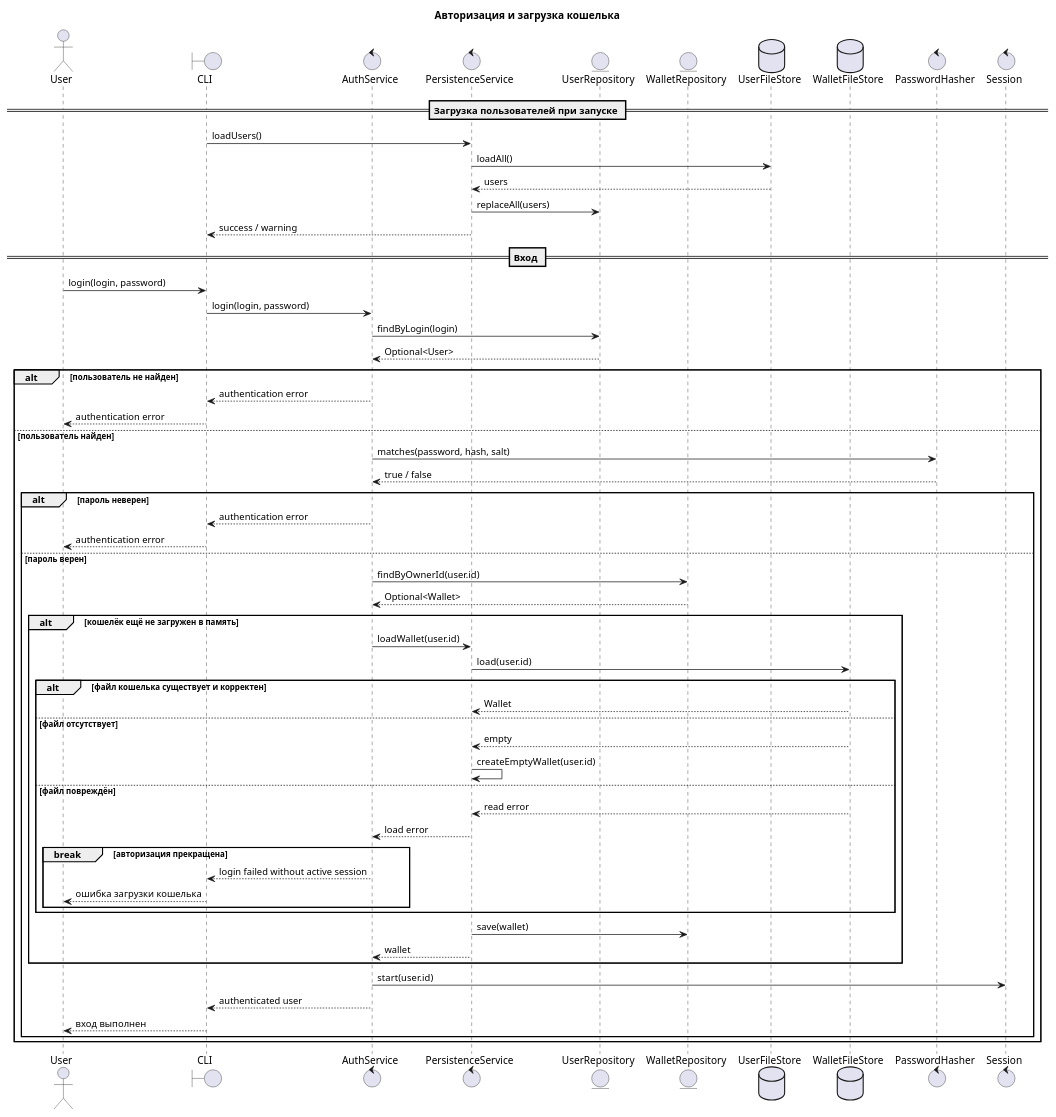
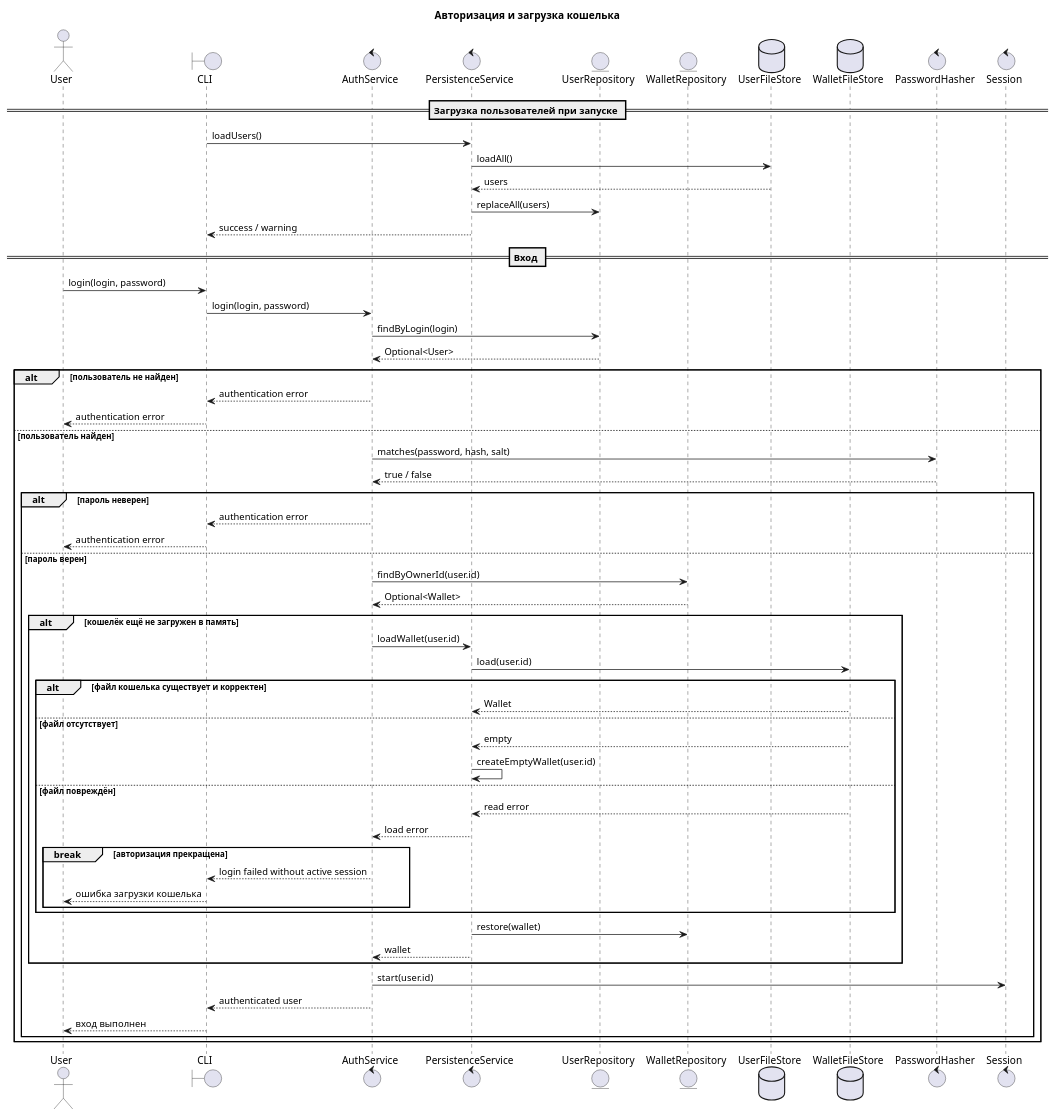
Before and after one commit to kargamant/bank_service: the diagram in docs/uml/authorization-sequence.puml, drawn with PlantUML. The commit also changed 4 other files, not shown here.

```diff
--- a/docs/uml/authorization-sequence.puml
+++ b/docs/uml/authorization-sequence.puml
@@ -1,70 +1,70 @@
 @startuml
 title Авторизация и загрузка кошелька
 
 actor User
 boundary CLI
 control AuthService
 control PersistenceService
 entity UserRepository
 entity WalletRepository
 database UserFileStore
 database WalletFileStore
 control PasswordHasher
 control Session
 
 == Загрузка пользователей при запуске ==
 CLI -> PersistenceService: loadUsers()
 PersistenceService -> UserFileStore: loadAll()
 UserFileStore --> PersistenceService: users
 PersistenceService -> UserRepository: replaceAll(users)
 PersistenceService --> CLI: success / warning
 
 == Вход ==
 User -> CLI: login(login, password)
 CLI -> AuthService: login(login, password)
 AuthService -> UserRepository: findByLogin(login)
 UserRepository --> AuthService: Optional<User>
 
 alt пользователь не найден
   AuthService --> CLI: authentication error
   CLI --> User: authentication error
 else пользователь найден
   AuthService -> PasswordHasher: matches(password, hash, salt)
   PasswordHasher --> AuthService: true / false
 
   alt пароль неверен
     AuthService --> CLI: authentication error
     CLI --> User: authentication error
   else пароль верен
     AuthService -> WalletRepository: findByOwnerId(user.id)
     WalletRepository --> AuthService: Optional<Wallet>
 
     alt кошелёк ещё не загружен в память
       AuthService -> PersistenceService: loadWallet(user.id)
       PersistenceService -> WalletFileStore: load(user.id)
 
       alt файл кошелька существует и корректен
         WalletFileStore --> PersistenceService: Wallet
       else файл отсутствует
         WalletFileStore --> PersistenceService: empty
         PersistenceService -> PersistenceService: createEmptyWallet(user.id)
       else файл повреждён
         WalletFileStore --> PersistenceService: read error
         PersistenceService --> AuthService: load error
         break авторизация прекращена
           AuthService --> CLI: login failed without active session
           CLI --> User: ошибка загрузки кошелька
         end
       end
 
-      PersistenceService -> WalletRepository: save(wallet)
+      PersistenceService -> WalletRepository: restore(wallet)
       PersistenceService --> AuthService: wallet
     end
 
     AuthService -> Session: start(user.id)
     AuthService --> CLI: authenticated user
     CLI --> User: вход выполнен
   end
 end
 
 @enduml
```
